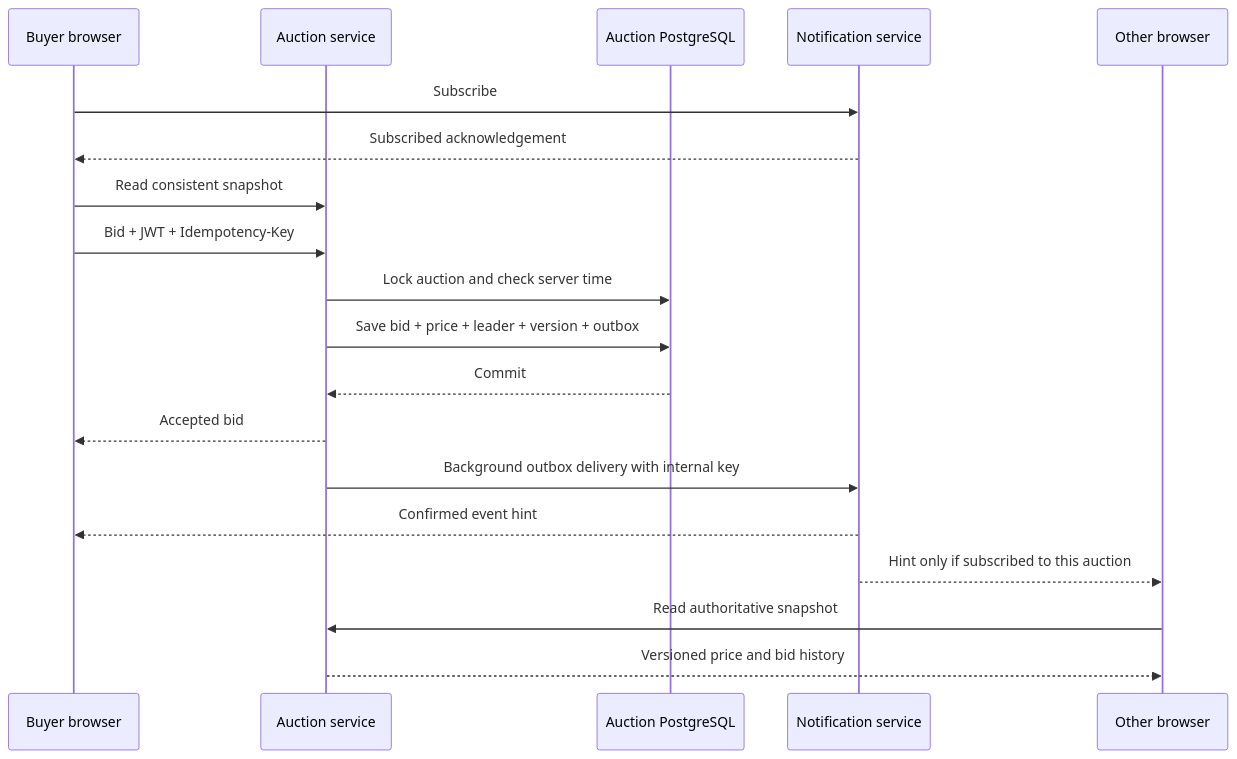
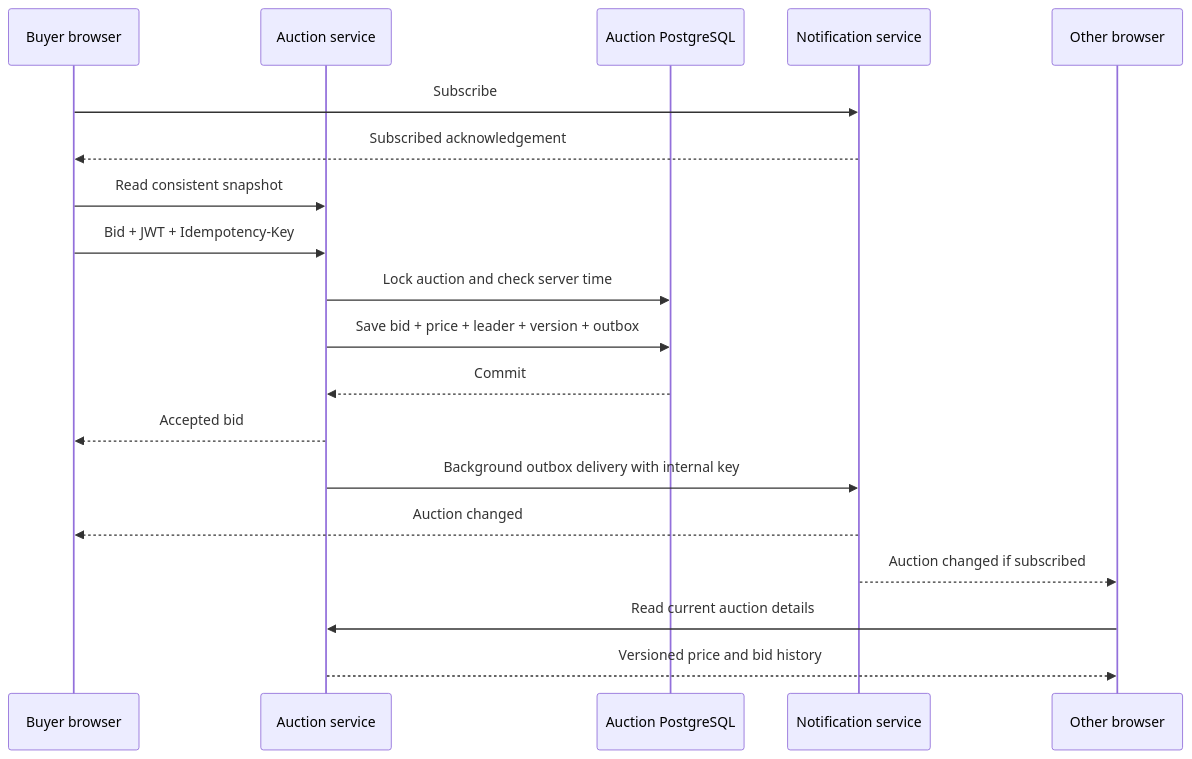
The diagram in project/docs/communication.md (TFY800/P5project), drawn with Mermaid before and after one commit. The commit also changed other lines of this file and 12 other files, not shown here.

````diff
--- a/project/docs/communication.md
+++ b/project/docs/communication.md
@@ -75,21 +75,21 @@
 ```mermaid
 sequenceDiagram
     participant B as Buyer browser
     participant A as Auction service
     participant D as Auction PostgreSQL
     participant N as Notification service
     participant V as Other browser
     B->>N: Subscribe
     N-->>B: Subscribed acknowledgement
     B->>A: Read consistent snapshot
     B->>A: Bid + JWT + Idempotency-Key
     A->>D: Lock auction and check server time
     A->>D: Save bid + price + leader + version + outbox
     D-->>A: Commit
     A-->>B: Accepted bid
     A->>N: Background outbox delivery with internal key
-    N-->>B: Confirmed event hint
-    N-->>V: Hint only if subscribed to this auction
-    V->>A: Read authoritative snapshot
+    N-->>B: Auction changed
+    N-->>V: Auction changed if subscribed
+    V->>A: Read current auction details
     A-->>V: Versioned price and bid history
 ```
````
